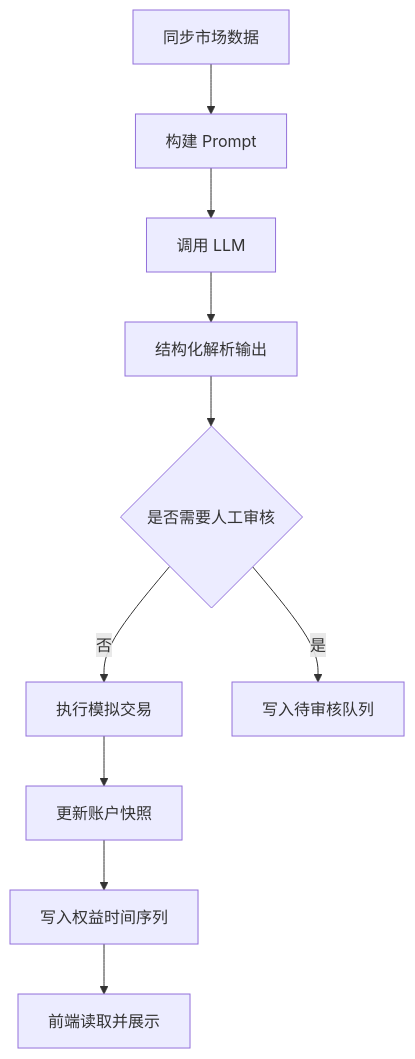
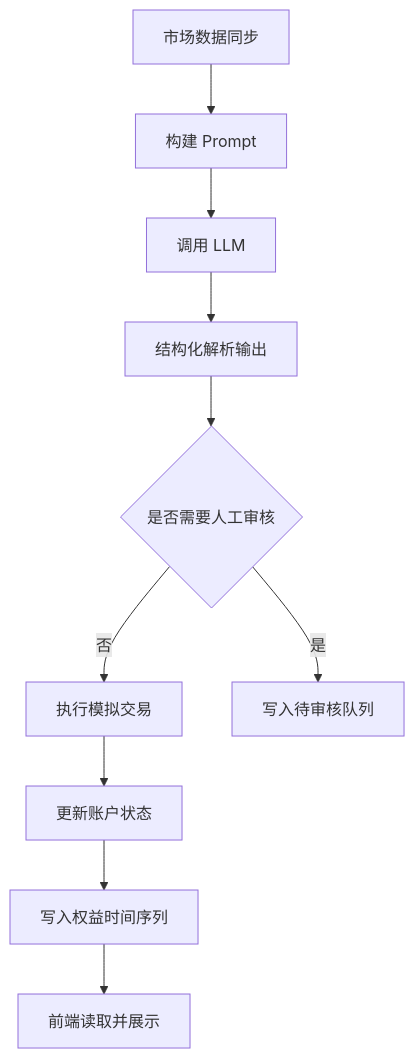
Before and after one commit to CoderZHH/FINAI: the second of 2 diagrams in README.md, drawn with Mermaid. The commit also changed other lines of this file, not shown here.

````diff
--- a/README.md
+++ b/README.md
@@ -117,12 +167,12 @@
 ```mermaid
 flowchart TD
-    A["同步市场数据"] --> B["构建 Prompt"]
+    A["市场数据同步"] --> B["构建 Prompt"]
     B --> C["调用 LLM"]
     C --> D["结构化解析输出"]
     D --> E{"是否需要人工审核"}
     E -- 否 --> F["执行模拟交易"]
     E -- 是 --> G["写入待审核队列"]
-    F --> H["更新账户快照"]
+    F --> H["更新账户状态"]
     H --> I["写入权益时间序列"]
     I --> J["前端读取并展示"]
 ```
````
